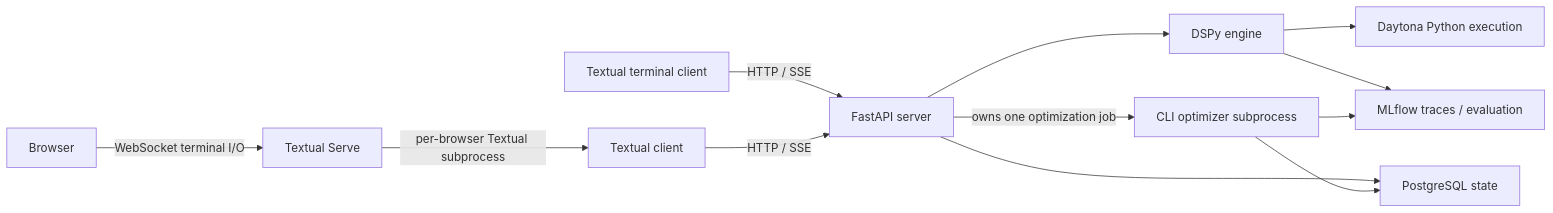
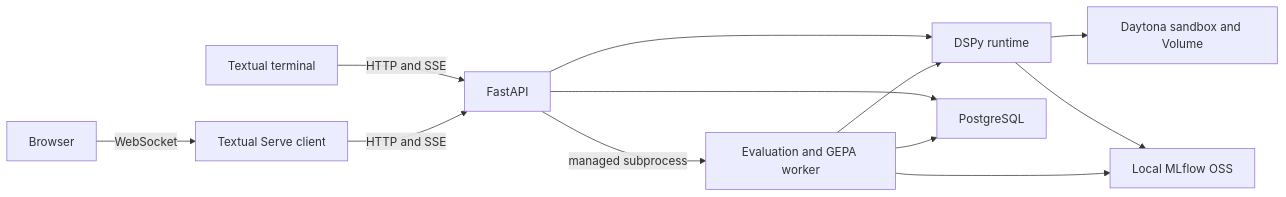
One commit to Qredence/fleet-rlm changed the diagram in ARCHITECTURE.md. Above: the diagram before and after it, drawn with Mermaid. The commit also changed other lines of this file and 54 other files, not shown here.

Commit message:
refactor: keep local MLflow and simplify Fleet runtime (#701)

````diff
--- a/ARCHITECTURE.md
+++ b/ARCHITECTURE.md
@@ -14,14 +8,14 @@
 ```mermaid
 flowchart LR
-    Client[Textual terminal client] -->|HTTP / SSE| API[FastAPI server]
-    Browser[Browser] -->|WebSocket terminal I/O| Serve[Textual Serve]
-    Serve -->|per-browser Textual subprocess| WebTUI[Textual client]
-    WebTUI -->|HTTP / SSE| API
-    API --> Engine[DSPy engine]
-    Engine --> Daytona[Daytona Python execution]
-    API --> PostgreSQL[PostgreSQL state]
-    Engine --> MLflow[MLflow traces / evaluation]
-    API -->|owns one optimization job| Worker[CLI optimizer subprocess]
-    Worker --> PostgreSQL
+    Terminal[Textual terminal] -->|HTTP and SSE| API[FastAPI]
+    Browser -->|WebSocket| Web[Textual Serve client]
+    Web -->|HTTP and SSE| API
+    API --> Engine[DSPy runtime]
+    Engine --> Daytona[Daytona sandbox and Volume]
+    API --> Store[PostgreSQL]
+    Engine --> MLflow[Local MLflow OSS]
+    API -->|managed subprocess| Worker[Evaluation and GEPA worker]
+    Worker --> Engine
+    Worker --> Store
     Worker --> MLflow
 ```
````
